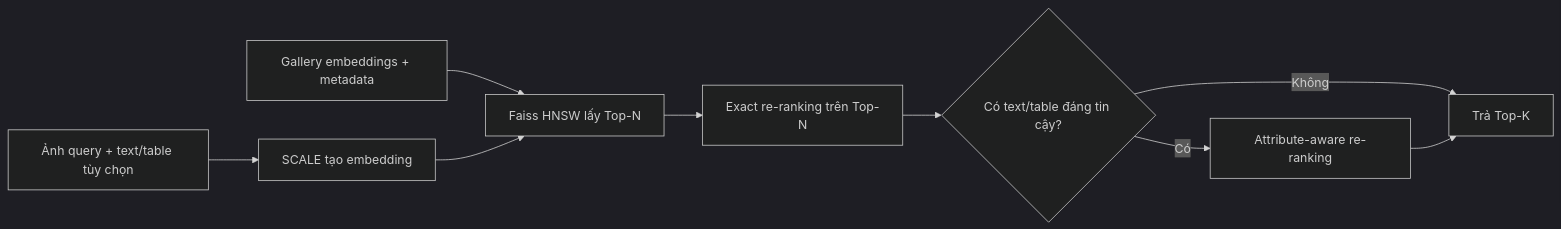
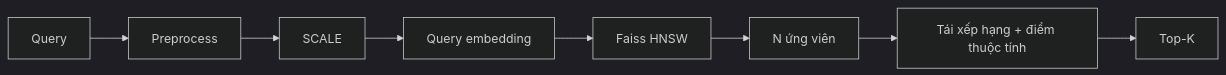
One commit to Computer-Vision-HCMUS/Product-Ecommerce-Image-Retrieval changed the third of 3 diagrams in docs/proposal/proposal.md. Above: the diagram before and after it, drawn with Mermaid (dark theme). The commit also changed other lines of this file and 88 other files, not shown here.

````diff
--- a/docs/proposal/proposal.md
+++ b/docs/proposal/proposal.md
@@ -1026,11 +687,7 @@
 ```mermaid
 flowchart LR
-    Q["Ảnh query + text/table tùy chọn"] --> E["SCALE tạo embedding"]
-    G["Gallery embeddings + metadata"] --> H["Faiss HNSW lấy Top-N"]
-    E --> H
-    H --> X["Exact re-ranking trên Top-N"]
-    X --> A{"Có text/table đáng tin cậy?"}
-    A -- "Không" --> K["Trả Top-K"]
-    A -- "Có" --> B["Attribute-aware re-ranking"]
-    B --> K
+    Q["Query"] --> P["Preprocess"] --> S["SCALE"] --> E["Query embedding"] --> F["Faiss HNSW"]
+    F --> N["N ứng viên"]
+    N --> R["Tái xếp hạng + điểm thuộc tính"]
+    R --> K["Top-K"]
 ```
````
